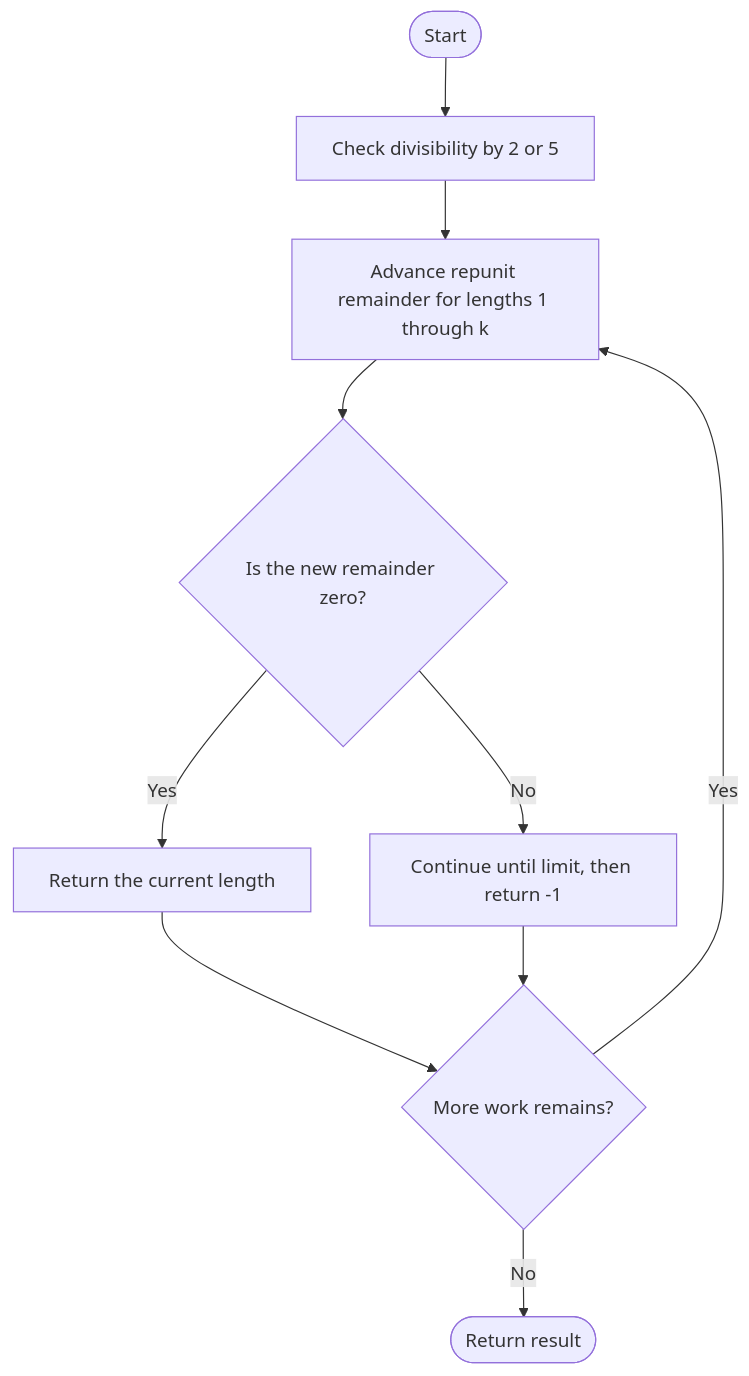
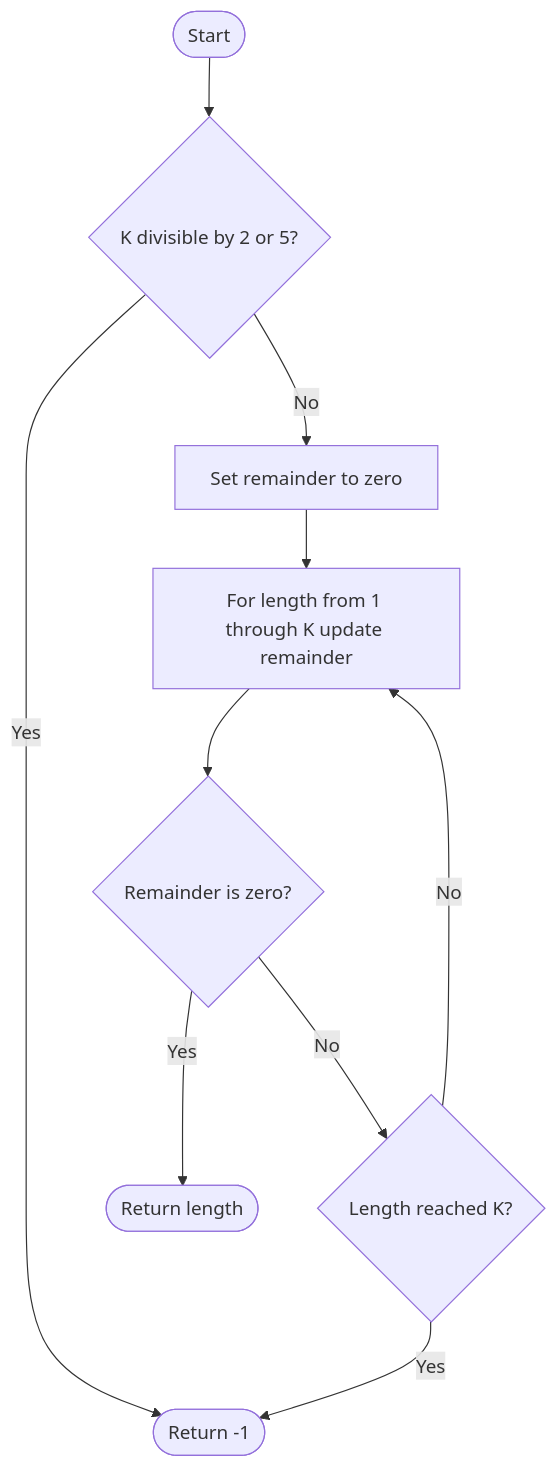
The diagram in LeetCode/1015/README.md (SAIDEEPBHANGE/C-CPP-Codes), drawn with Mermaid before and after one commit. The commit also changed other lines of this file and 196 other files, not shown here.

````diff
--- a/LeetCode/1015/README.md
+++ b/LeetCode/1015/README.md
@@ -13,12 +37,12 @@
 ```mermaid
 flowchart TD
- A([Start]) --> B[Check divisibility by 2 or 5]
- B --> C[Advance repunit remainder for lengths 1 through k]
- C --> D{Is the new remainder zero?}
- D -- Yes --> E[Return the current length]
- D -- No --> F[Continue until limit, then return -1]
- E --> G{More work remains?}
- F --> G
- G -- Yes --> C
- G -- No --> H([Return result])
+    A([Start]) --> B{K divisible by 2 or 5?}
+    B -- Yes --> X([Return -1])
+    B -- No --> C[Set remainder to zero]
+    C --> D[For length from 1 through K update remainder]
+    D --> E{Remainder is zero?}
+    E -- Yes --> Y([Return length])
+    E -- No --> F{Length reached K?}
+    F -- No --> D
+    F -- Yes --> X
 ```
````
